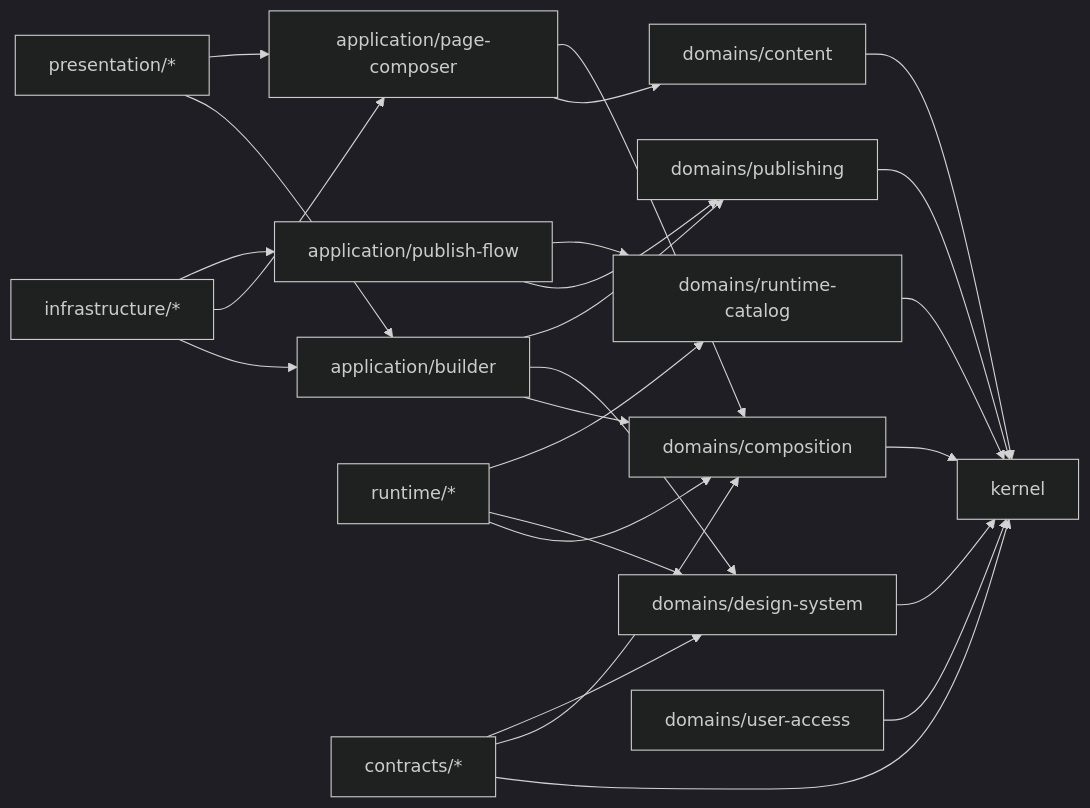
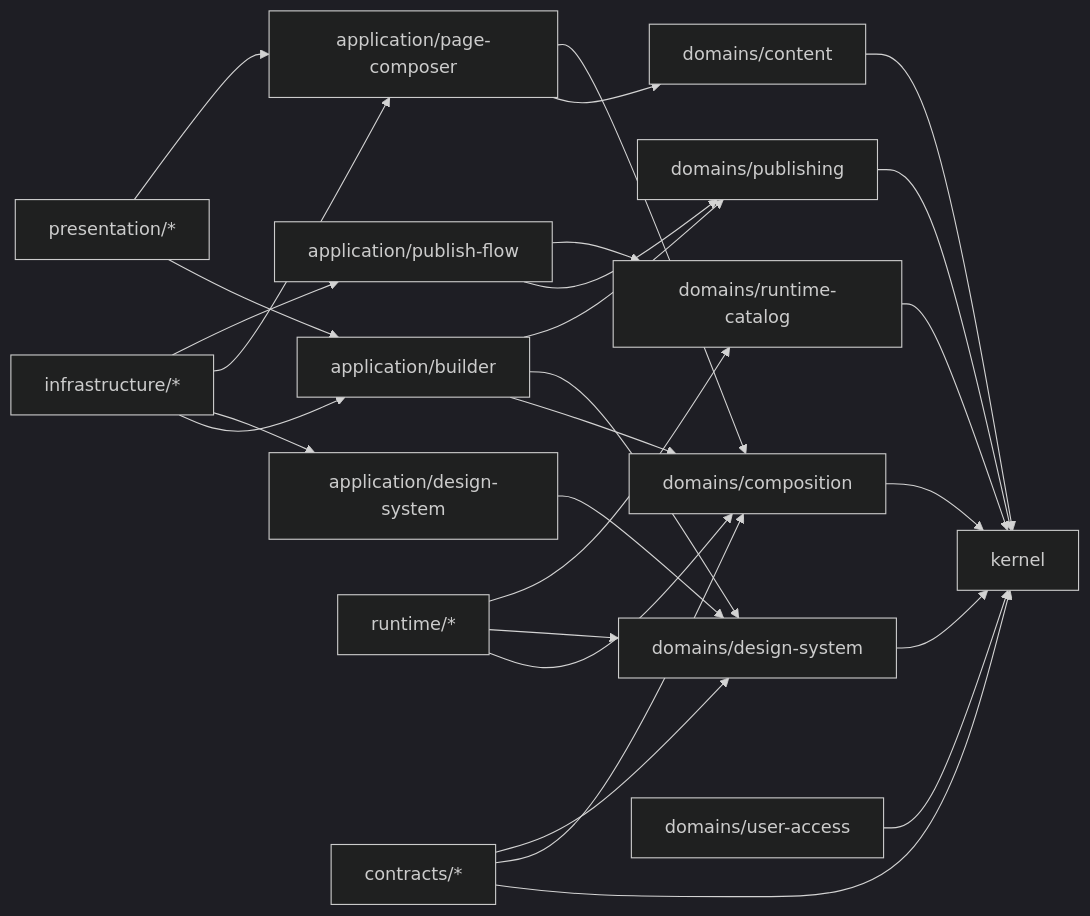
Before and after one commit to milesroxas/contorro: the fourth of 15 diagrams in docs/architecture-spec.md, drawn with Mermaid (dark theme). The commit also changed other lines of this file and 2 other files, not shown here.

````diff
--- a/docs/architecture-spec.md
+++ b/docs/architecture-spec.md
@@ -329,18 +331,19 @@
 ```mermaid
 graph LR
   D_DS[domains/design-system] --> K[kernel]
   D_C[domains/composition] --> K
   D_CT[domains/content] --> K
   D_P[domains/publishing] --> K
   D_RC[domains/runtime-catalog] --> K
   D_UA[domains/user-access] --> K
 
   A_B[application/builder] --> D_C & D_DS & D_P
+  A_DS[application/design-system] --> D_DS
   A_PC[application/page-composer] --> D_CT & D_C
   A_PF[application/publish-flow] --> D_P & D_RC
 
-  I[infrastructure/*] --> A_B & A_PC & A_PF
+  I[infrastructure/*] --> A_B & A_DS & A_PC & A_PF
   PR[presentation/*] --> A_B & A_PC
   RT[runtime/*] --> D_C & D_DS & D_RC
   CNT[contracts/*] --> K & D_C & D_DS
 ```
````
